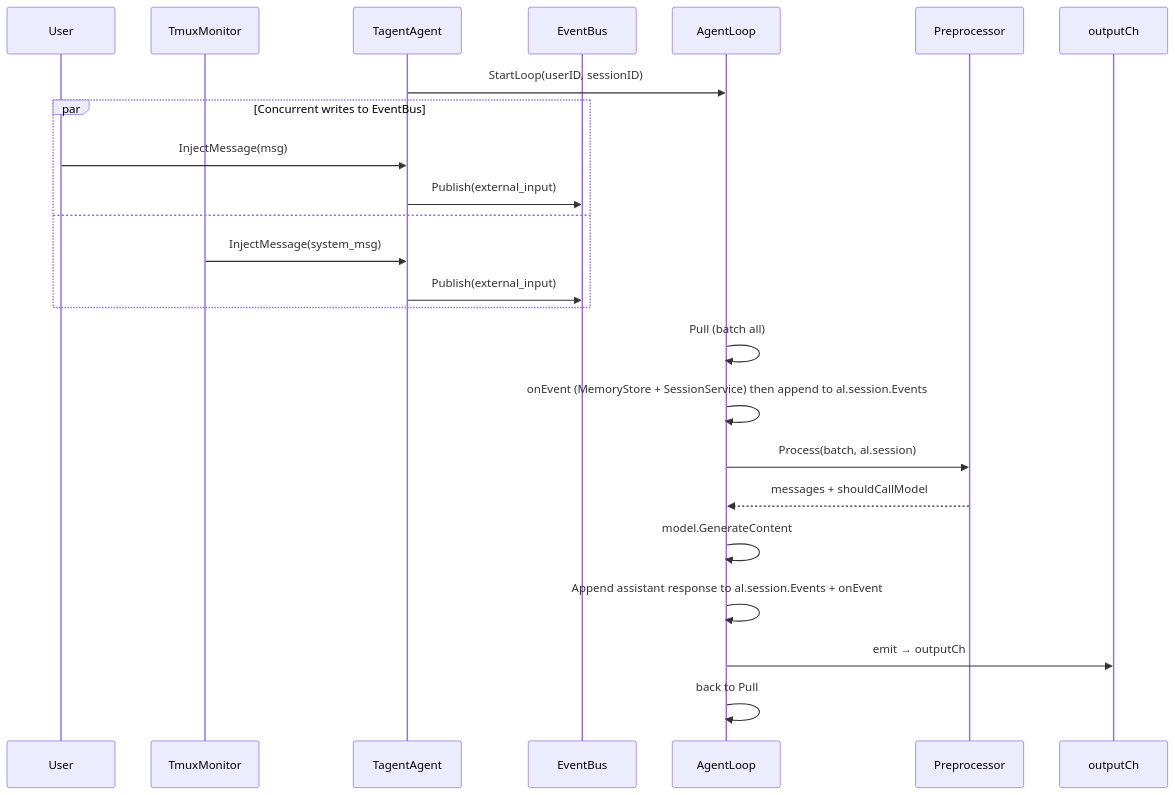
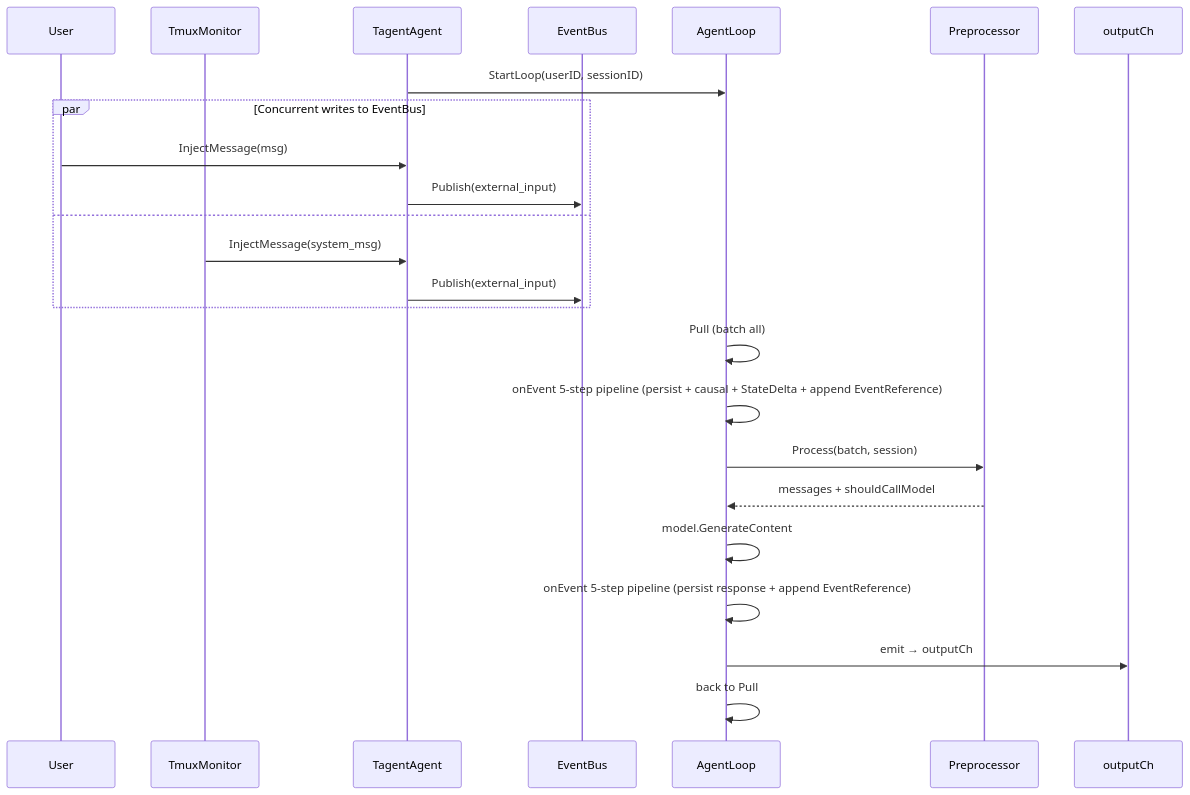
One commit to SpellingDragon/tagent changed the sixth of 8 diagrams in README_EN.md. Above: the diagram before and after it, drawn with Mermaid. The commit also changed other lines of this file and 320 other files, not shown here.

````diff
--- a/README_EN.md
+++ b/README_EN.md
@@ -319,29 +337,29 @@
 ```mermaid
 sequenceDiagram
     participant U as User
     participant TM as TmuxMonitor
     participant TA as TagentAgent
     participant EB as EventBus
     participant AL as AgentLoop
     participant PP as Preprocessor
     participant OC as outputCh
 
     TA->>AL: StartLoop(userID, sessionID)
 
     par Concurrent writes to EventBus
         U->>TA: InjectMessage(msg)
         TA->>EB: Publish(external_input)
     and
         TM->>TA: InjectMessage(system_msg)
         TA->>EB: Publish(external_input)
     end
 
     AL->>AL: Pull (batch all)
-    AL->>AL: onEvent (MemoryStore + SessionService) then append to al.session.Events
-    AL->>PP: Process(batch, al.session)
+    AL->>AL: onEvent 5-step pipeline (persist + causal + StateDelta + append EventReference)
+    AL->>PP: Process(batch, session)
     PP-->>AL: messages + shouldCallModel
     AL->>AL: model.GenerateContent
-    AL->>AL: Append assistant response to al.session.Events + onEvent
+    AL->>AL: onEvent 5-step pipeline (persist response + append EventReference)
     AL->>OC: emit → outputCh
     AL->>AL: back to Pull
 ```
````
